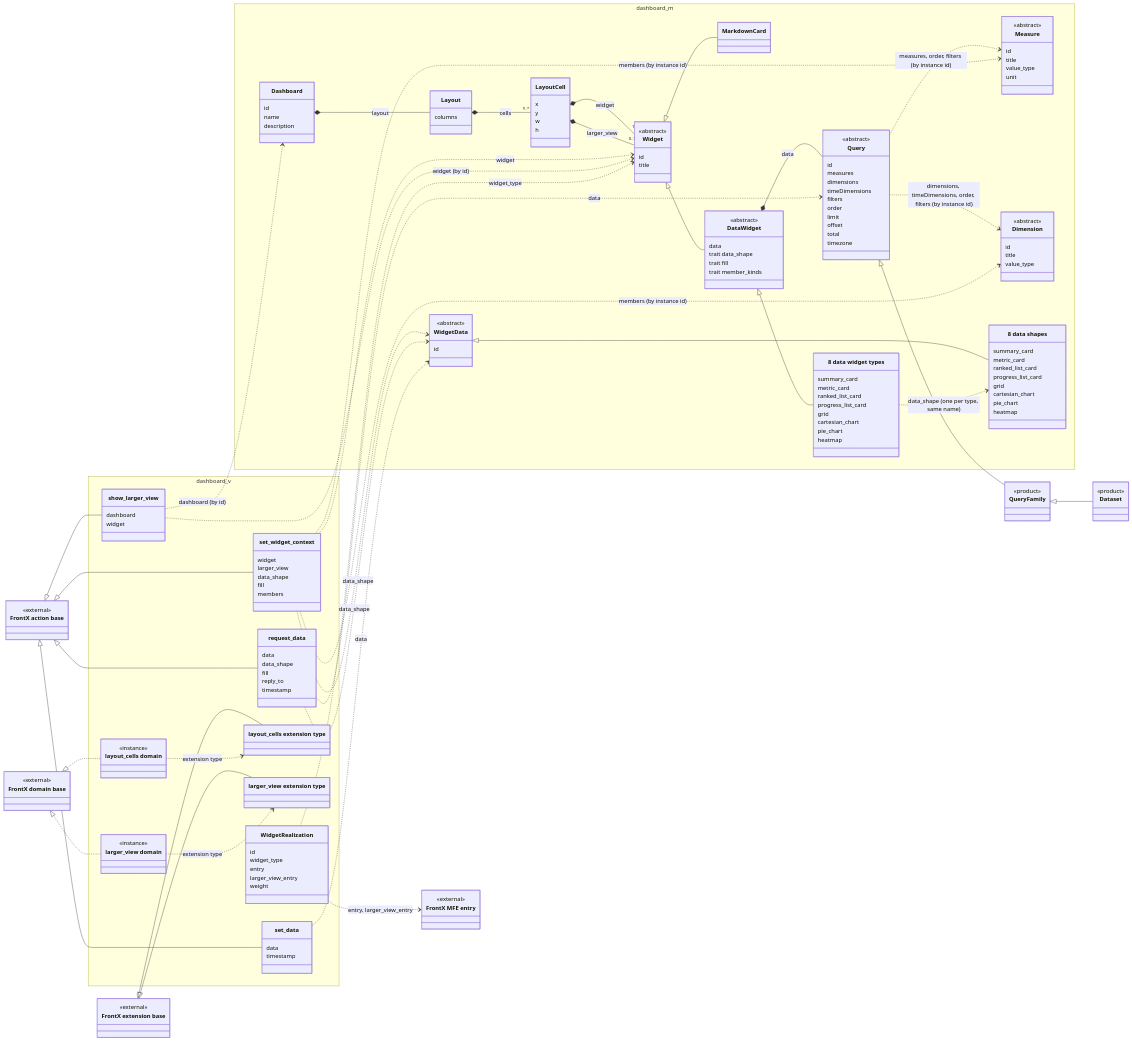
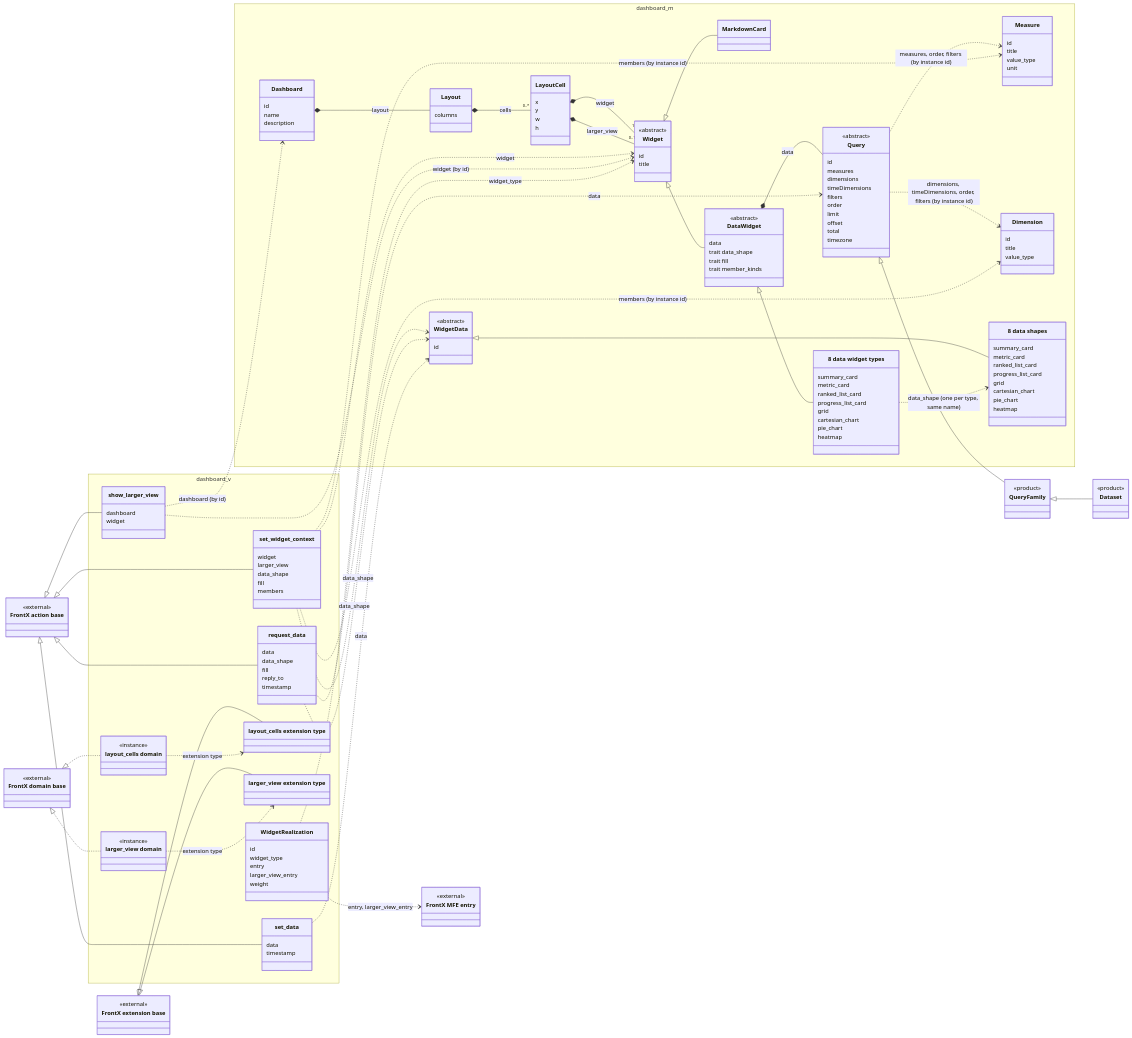
One commit to AndrejK666/gears-frontx-templates changed the second of 12 diagrams in template-dashboard/architecture/DESIGN.md. Above: the diagram before and after it, drawn with Mermaid. The commit also changed other lines of this file and 10 other files, not shown here.

```diff
--- a/template-dashboard/architecture/DESIGN.md
+++ b/template-dashboard/architecture/DESIGN.md
@@ -415,14 +415,12 @@
             timezone
         }
         class Measure {
-            <<abstract>>
             id
             title
             value_type
             unit
         }
         class Dimension {
-            <<abstract>>
             id
             title
             value_type
```
